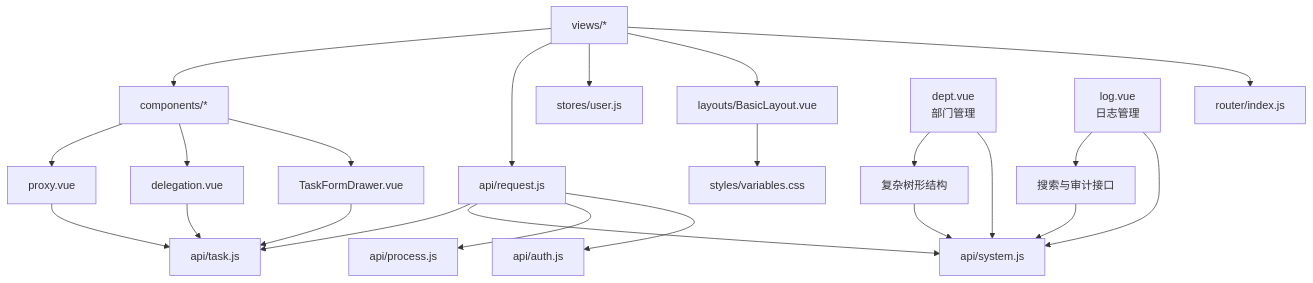
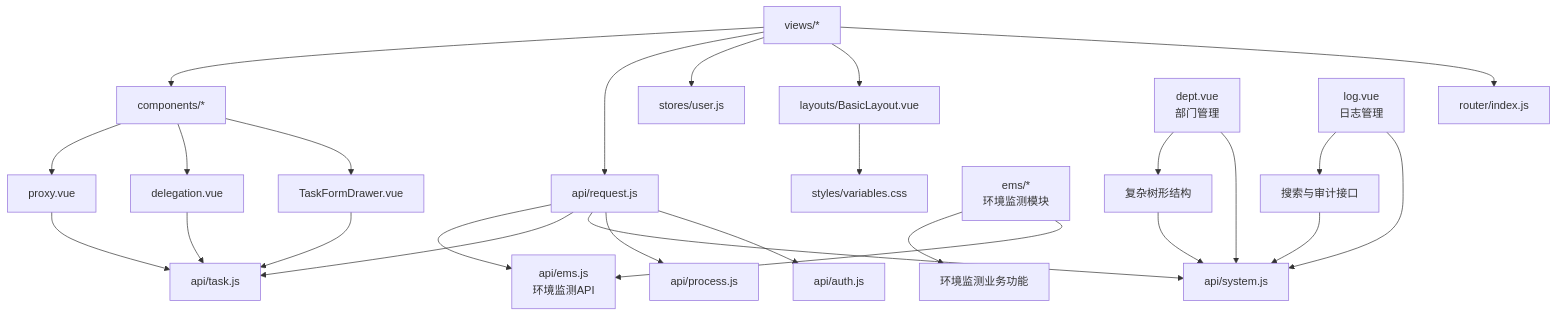
Before and after one commit to liming-lihaini/workflow: diagram 16 of 16 in .qoder/repowiki/zh/content/用户界面设计/用户界面设计.md, drawn with Mermaid. The commit also changed other lines of this file and 45 other files, not shown here.

````diff
--- a/.qoder/repowiki/zh/content/用户界面设计/用户界面设计.md
+++ b/.qoder/repowiki/zh/content/用户界面设计/用户界面设计.md
@@ -878,25 +980,28 @@
 ```mermaid
 graph TB
 VIEWS["views/*"] --> ROUTER["router/index.js"]
 VIEWS --> LAYOUT["layouts/BasicLayout.vue"]
 VIEWS --> STORES["stores/user.js"]
 VIEWS --> API_REQ["api/request.js"]
 VIEWS --> COMPONENTS["components/*"]
 COMPONENTS --> TASK_DRAWER["TaskFormDrawer.vue"]
 COMPONENTS --> DELEGATION["delegation.vue"]
 COMPONENTS --> PROXY["proxy.vue"]
 API_REQ --> API_AUTH["api/auth.js"]
 API_REQ --> API_PROC["api/process.js"]
 API_REQ --> API_SYS["api/system.js"]
 API_REQ --> API_TASK["api/task.js"]
+API_REQ --> API_EMS["api/ems.js<br/>环境监测API"]
 LAYOUT --> THEME["styles/variables.css"]
 TASK_DRAWER --> API_TASK
 DELEGATION --> API_TASK
 PROXY --> API_TASK
 DEPT_VUE["dept.vue<br/>部门管理"] --> API_SYS
 LOG_VUE["log.vue<br/>日志管理"] --> API_SYS
+EMS_VIEWS["ems/*<br/>环境监测模块"] --> API_EMS
 DEPT_VUE --> COMPLEX_TREE["复杂树形结构"]
 LOG_VUE --> SEARCH_API["搜索与审计接口"]
 COMPLEX_TREE --> API_SYS
 SEARCH_API --> API_SYS
+EMS_VIEWS --> EMS_FEATURES["环境监测业务功能"]
 ```
````
